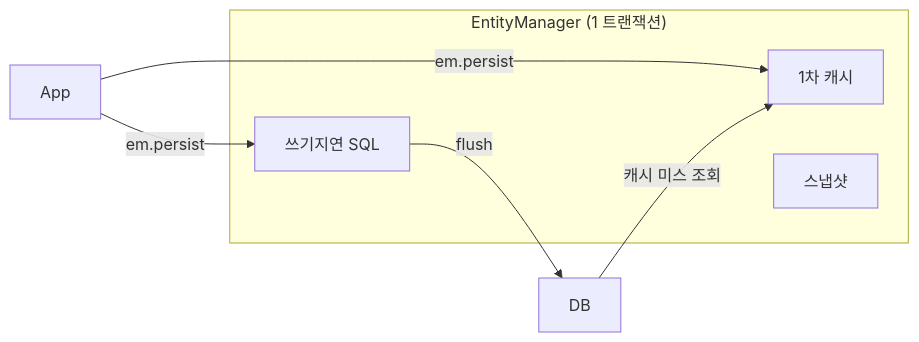
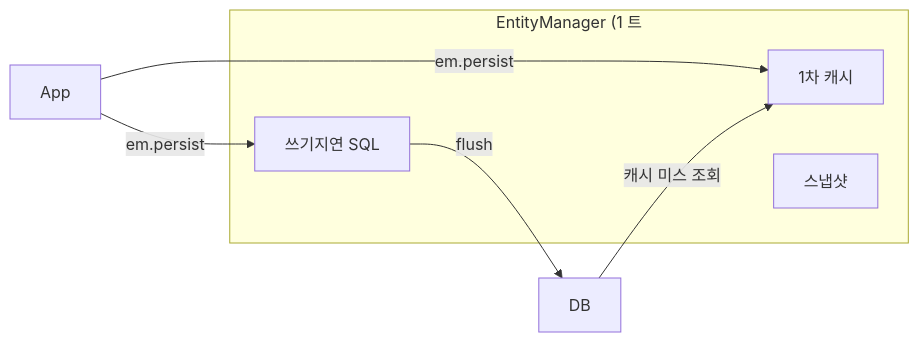
One commit to yjkim2015/yjkim2015.github.io changed the first of 5 diagrams in _posts/jpa/2021-10-17-Jpa 영속성 관리.md. Above: the diagram before and after it, drawn with Mermaid. The commit also changed other lines of this file and 271 other files, not shown here.

First line of the commit message:
Mermaid 라벨 축소: 긴 노드 텍스트 18자 이하로 트림 + \n 제거

````diff
--- a/_posts/jpa/2021-10-17-Jpa 영속성 관리.md
+++ b/_posts/jpa/2021-10-17-Jpa 영속성 관리.md
@@ -23,11 +23,11 @@
 ```mermaid
 graph LR
     APP["App"] -->|em.persist| PC1["1차 캐시"] & PC2["쓰기지연 SQL"]
-    subgraph EM["EntityManager (1 트랜잭션)"]
+    subgraph EM["EntityManager (1 트"]
         PC1
         PC2
         SNAP["스냅샷"]
     end
     PC2 -->|flush| DB["DB"]
     DB -->|캐시 미스 조회| PC1
 ```
````
